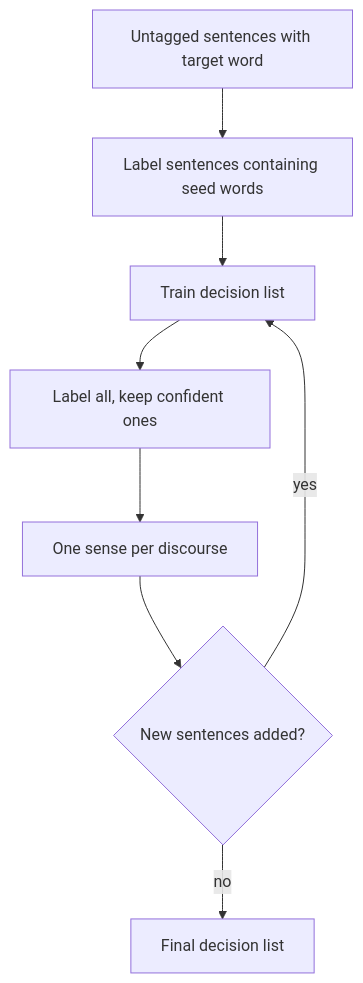
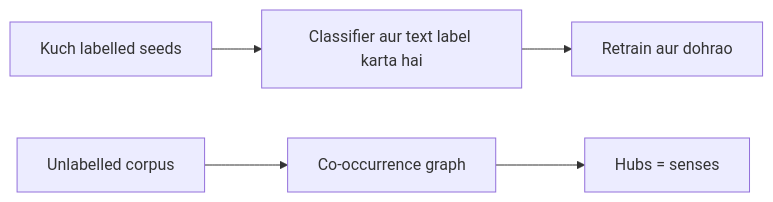
One commit to TrendySloth1001/sem-seven-notes changed the diagram in content/natural-language-processing/pyq/2025-05-ce/q6a.hi.mdx. Above: the diagram before and after it, drawn with Mermaid. The commit also changed other lines of this file and 406 other files, not shown here.

````diff
--- a/content/natural-language-processing/pyq/2025-05-ce/q6a.hi.mdx
+++ b/content/natural-language-processing/pyq/2025-05-ce/q6a.hi.mdx
@@ -16,11 +22,6 @@
 ```mermaid
-%% caption: Yarowsky bootstrapping. Kuch seeds loop shuru karte hain aur confident labels wapas feed hote hain jab tak kuch aur na jud sake.
-flowchart TD
-  A["Untagged sentences with target word"] --> B["Label sentences containing seed words"]
-  B --> C["Train decision list"]
-  C --> D["Label all, keep confident ones"]
-  D --> E["One sense per discourse"]
-  E --> F{"New sentences added?"}
-  F -->|"yes"| C
-  F -->|"no"| G["Final decision list"]
+%% caption: Semi-supervised aur unsupervised WSD saath-saath. Upar wali row ko kuch labels chahiye; neeche wali ko koi nahi.
+flowchart LR
+  S1["Kuch labelled seeds"] --> S2["Classifier aur text label karta hai"] --> S3["Retrain aur dohrao"]
+  U1["Unlabelled corpus"] --> U2["Co-occurrence graph"] --> U3["Hubs = senses"]
 ```
````
